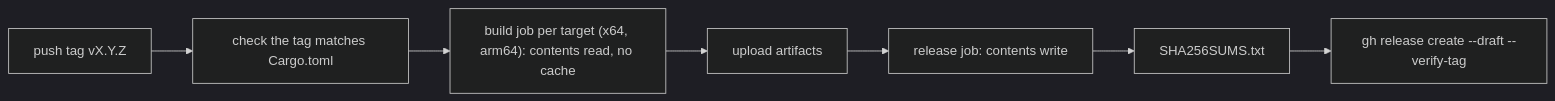
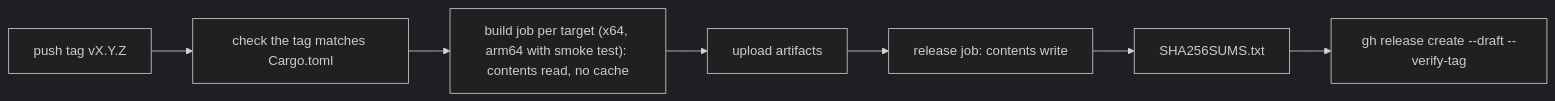
Before and after one commit to suchi/flying-microwave: the diagram in docs/plans/0002-phase1-tooling-proposal.md, drawn with Mermaid (dark theme). The commit also changed other lines of this file and 5 other files, not shown here.

````diff
--- a/docs/plans/0002-phase1-tooling-proposal.md
+++ b/docs/plans/0002-phase1-tooling-proposal.md
@@ -42,9 +42,9 @@
 ```mermaid
 flowchart LR
     tag["push tag vX.Y.Z"] --> check["check the tag matches Cargo.toml"]
-    check --> build["build job per target (x64, arm64): contents read, no cache"]
+    check --> build["build job per target (x64, arm64 with smoke test): contents read, no cache"]
     build --> artifacts["upload artifacts"]
     artifacts --> release["release job: contents write"]
     release --> sums["SHA256SUMS.txt"]
     sums --> draft["gh release create --draft --verify-tag"]
 ```
````
